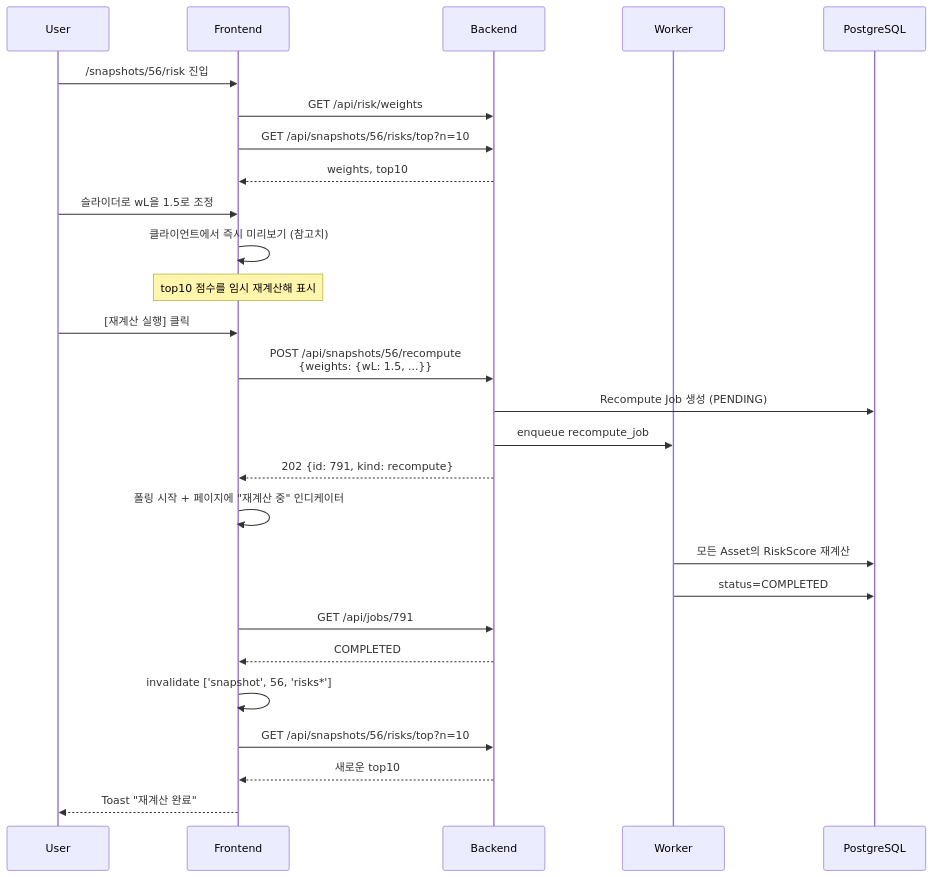
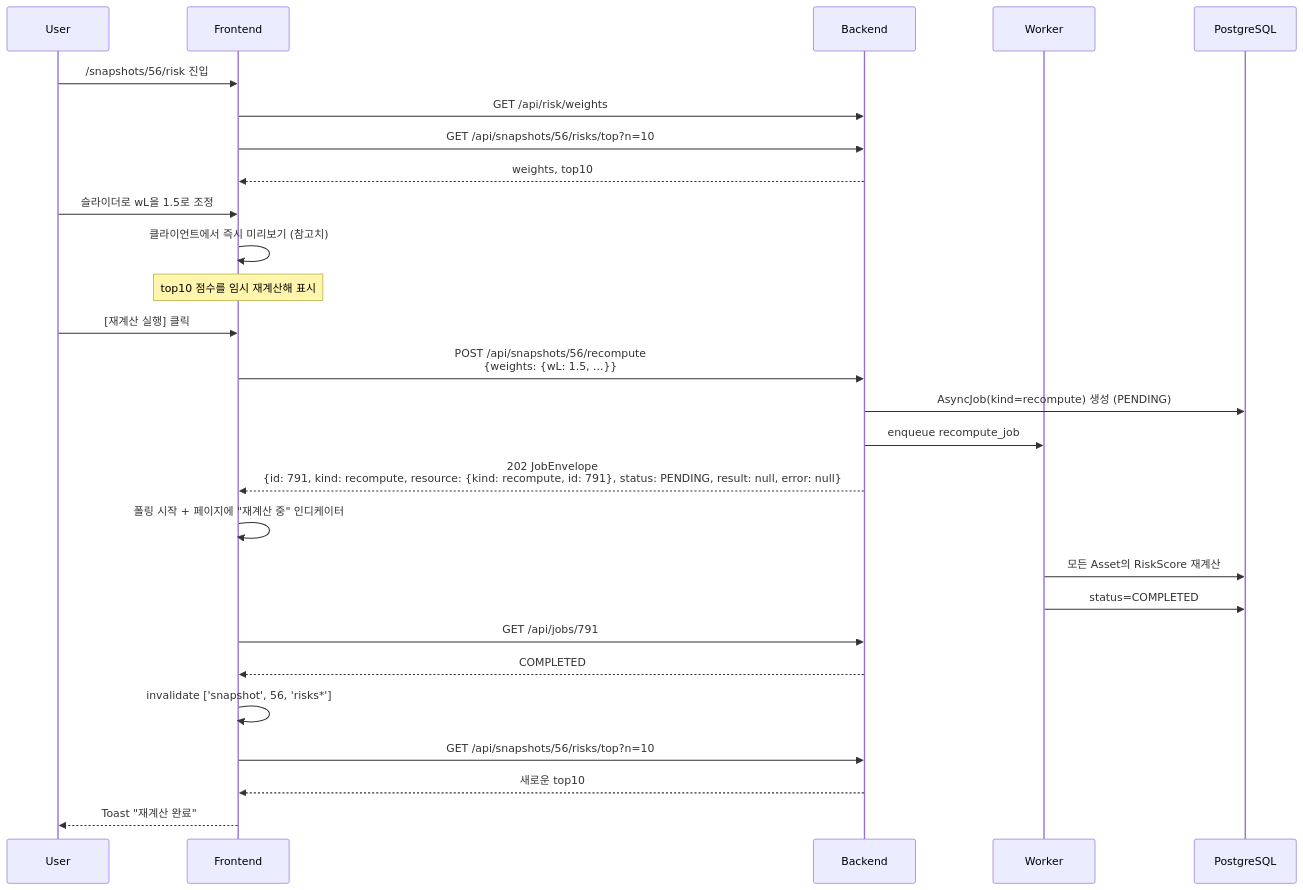
Before and after one commit to ehdgks0627/crypto-scanner: the seventh of 11 diagrams in docs/10-ux-flows.md, drawn with Mermaid. The commit also changed other lines of this file and 41 other files, not shown here.

````diff
--- a/docs/10-ux-flows.md
+++ b/docs/10-ux-flows.md
@@ -306,34 +307,34 @@
 ```mermaid
 sequenceDiagram
     participant U as User
     participant F as Frontend
     participant B as Backend
     participant W as Worker
     participant DB as PostgreSQL
 
     U->>F: /snapshots/56/risk 진입
     F->>B: GET /api/risk/weights
     F->>B: GET /api/snapshots/56/risks/top?n=10
     B-->>F: weights, top10
 
     U->>F: 슬라이더로 wL을 1.5로 조정
     F->>F: 클라이언트에서 즉시 미리보기 (참고치)
     Note over F: top10 점수를 임시 재계산해 표시
 
     U->>F: [재계산 실행] 클릭
     F->>B: POST /api/snapshots/56/recompute<br/>{weights: {wL: 1.5, ...}}
-    B->>DB: Recompute Job 생성 (PENDING)
+    B->>DB: AsyncJob(kind=recompute) 생성 (PENDING)
     B->>W: enqueue recompute_job
-    B-->>F: 202 {id: 791, kind: recompute}
+    B-->>F: 202 JobEnvelope<br/>{id: 791, kind: recompute, resource: {kind: recompute, id: 791}, status: PENDING, result: null, error: null}
     F->>F: 폴링 시작 + 페이지에 "재계산 중" 인디케이터
 
     W->>DB: 모든 Asset의 RiskScore 재계산
     W->>DB: status=COMPLETED
 
     F->>B: GET /api/jobs/791
     B-->>F: COMPLETED
     F->>F: invalidate ['snapshot', 56, 'risks*']
     F->>B: GET /api/snapshots/56/risks/top?n=10
     B-->>F: 새로운 top10
     F-->>U: Toast "재계산 완료"
 ```
````
